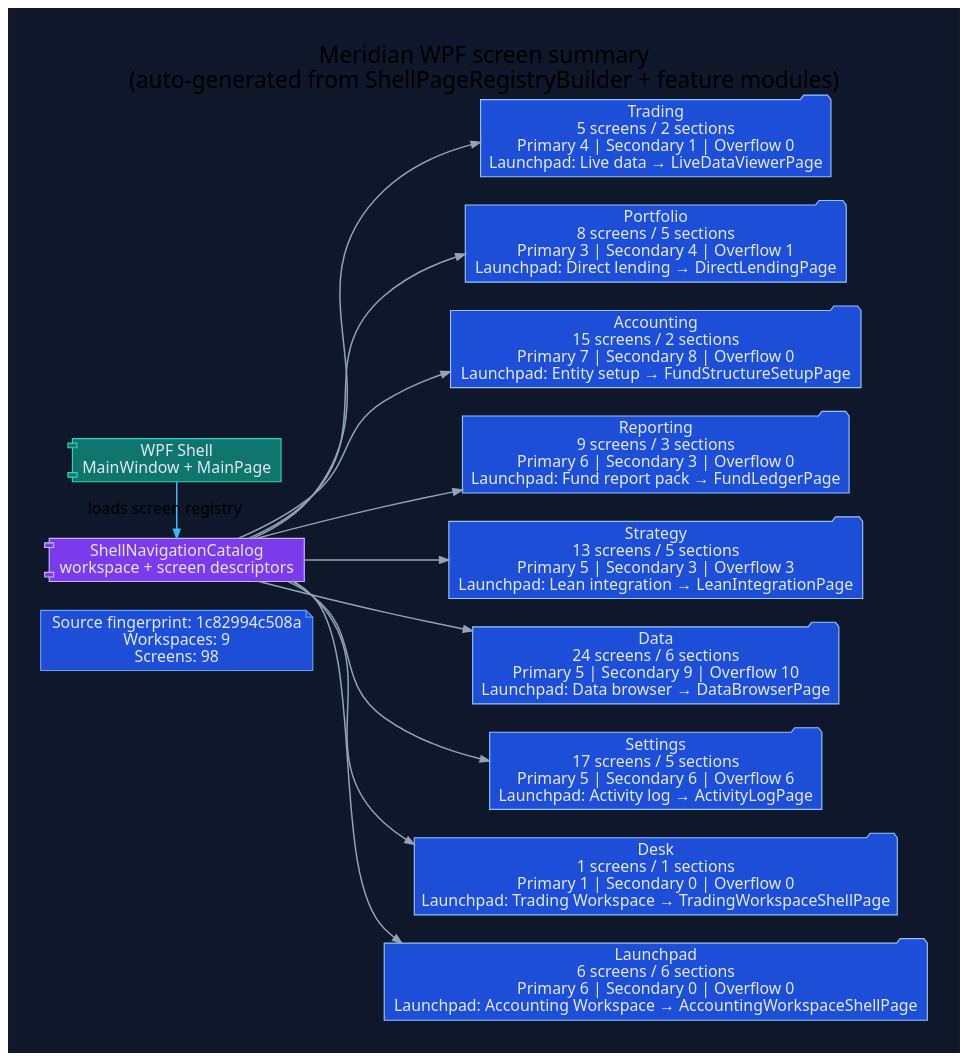
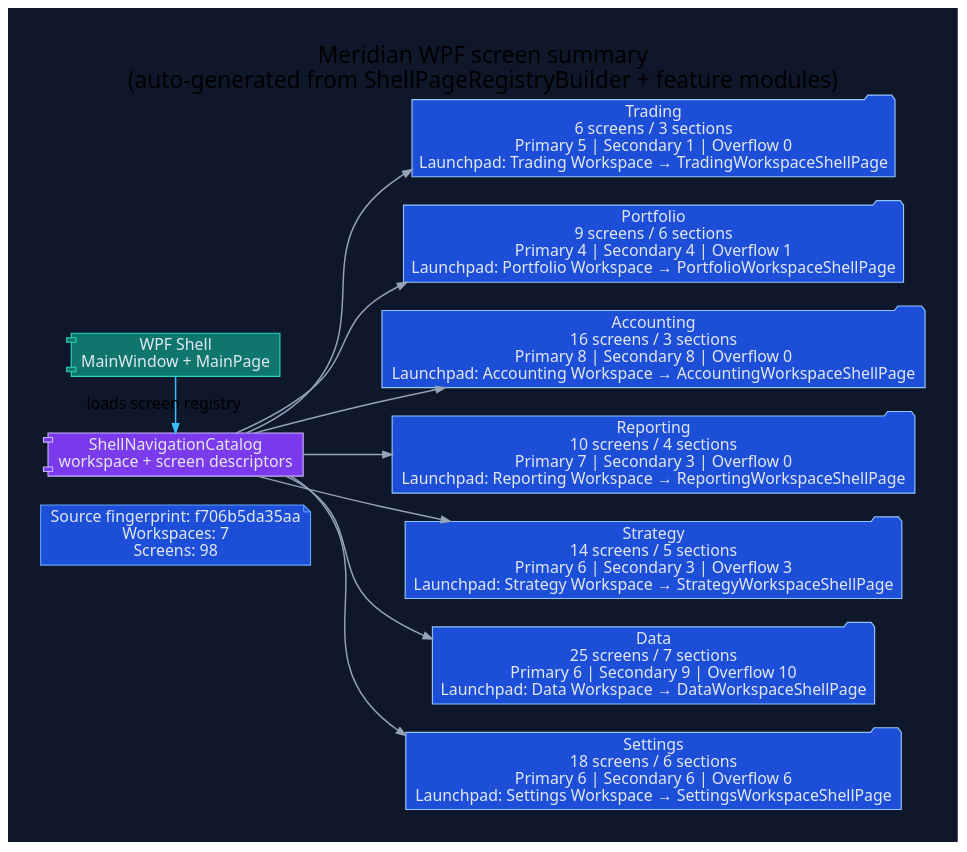
Before and after one commit to rodoHasArrived/Meridian-main: the diagram in docs/diagrams/ui-wpf-screen-summary.dot, drawn with Graphviz. The commit also changed 31 other files, not shown here.

First line of the commit message:
WPF: keep page registration subtitles as literals so the screen diagrams parse; regenerate diagrams

```diff
--- a/docs/diagrams/ui-wpf-screen-summary.dot
+++ b/docs/diagrams/ui-wpf-screen-summary.dot
@@ -1,46 +1,42 @@
 // -----------------------------------------------------------------------------
 // <auto-generated>
 // Generated by scripts/generate-diagrams.mjs.
 // Do not edit this file directly; update the WPF source files instead.
 // -----------------------------------------------------------------------------
 digraph WpfScreenSummary {
   graph [
     rankdir=LR,
     labelloc=t,
     label="Meridian WPF screen summary\n(auto-generated from ShellPageRegistryBuilder + feature modules)",
     fontname="Segoe UI",
     fontsize=20,
     pad=0.4,
     nodesep=0.35,
     ranksep=0.85,
     bgcolor="#0f172a"
   ];
   node [fontname="Segoe UI", shape=box, style="rounded,filled", color="#475569", fontcolor="#e2e8f0", fillcolor="#1e293b"];
   edge [fontname="Segoe UI", color="#94a3b8", penwidth=1.3, arrowsize=0.8];
 
-  generated [shape=note, fillcolor="#1d4ed8", color="#60a5fa", label="Source fingerprint: 1c82994c508a\nWorkspaces: 9\nScreens: 98"];
+  generated [shape=note, fillcolor="#1d4ed8", color="#60a5fa", label="Source fingerprint: f706b5da35aa\nWorkspaces: 7\nScreens: 98"];
   shell [shape=component, fillcolor="#0f766e", color="#2dd4bf", label="WPF Shell\nMainWindow + MainPage"];
   catalog [shape=component, fillcolor="#7c3aed", color="#c4b5fd", label="ShellNavigationCatalog\nworkspace + screen descriptors"];
   shell -> catalog [label="loads screen registry", color="#38bdf8"];
 
-  workspace_1 [shape=folder, fillcolor="#1d4ed8", color="#93c5fd", label="Trading\n5 screens / 2 sections\nPrimary 4 | Secondary 1 | Overflow 0\nLaunchpad: Live data → LiveDataViewerPage"];
+  workspace_1 [shape=folder, fillcolor="#1d4ed8", color="#93c5fd", label="Trading\n6 screens / 3 sections\nPrimary 5 | Secondary 1 | Overflow 0\nLaunchpad: Trading Workspace → TradingWorkspaceShellPage"];
   catalog -> workspace_1;
-  workspace_2 [shape=folder, fillcolor="#1d4ed8", color="#93c5fd", label="Portfolio\n8 screens / 5 sections\nPrimary 3 | Secondary 4 | Overflow 1\nLaunchpad: Direct lending → DirectLendingPage"];
+  workspace_2 [shape=folder, fillcolor="#1d4ed8", color="#93c5fd", label="Portfolio\n9 screens / 6 sections\nPrimary 4 | Secondary 4 | Overflow 1\nLaunchpad: Portfolio Workspace → PortfolioWorkspaceShellPage"];
   catalog -> workspace_2;
-  workspace_3 [shape=folder, fillcolor="#1d4ed8", color="#93c5fd", label="Accounting\n15 screens / 2 sections\nPrimary 7 | Secondary 8 | Overflow 0\nLaunchpad: Entity setup → FundStructureSetupPage"];
+  workspace_3 [shape=folder, fillcolor="#1d4ed8", color="#93c5fd", label="Accounting\n16 screens / 3 sections\nPrimary 8 | Secondary 8 | Overflow 0\nLaunchpad: Accounting Workspace → AccountingWorkspaceShellPage"];
   catalog -> workspace_3;
-  workspace_4 [shape=folder, fillcolor="#1d4ed8", color="#93c5fd", label="Reporting\n9 screens / 3 sections\nPrimary 6 | Secondary 3 | Overflow 0\nLaunchpad: Fund report pack → FundLedgerPage"];
+  workspace_4 [shape=folder, fillcolor="#1d4ed8", color="#93c5fd", label="Reporting\n10 screens / 4 sections\nPrimary 7 | Secondary 3 | Overflow 0\nLaunchpad: Reporting Workspace → ReportingWorkspaceShellPage"];
   catalog -> workspace_4;
-  workspace_5 [shape=folder, fillcolor="#1d4ed8", color="#93c5fd", label="Strategy\n13 screens / 5 sections\nPrimary 5 | Secondary 3 | Overflow 3\nLaunchpad: Lean integration → LeanIntegrationPage"];
+  workspace_5 [shape=folder, fillcolor="#1d4ed8", color="#93c5fd", label="Strategy\n14 screens / 5 sections\nPrimary 6 | Secondary 3 | Overflow 3\nLaunchpad: Strategy Workspace → StrategyWorkspaceShellPage"];
   catalog -> workspace_5;
-  workspace_6 [shape=folder, fillcolor="#1d4ed8", color="#93c5fd", label="Data\n24 screens / 6 sections\nPrimary 5 | Secondary 9 | Overflow 10\nLaunchpad: Data browser → DataBrowserPage"];
+  workspace_6 [shape=folder, fillcolor="#1d4ed8", color="#93c5fd", label="Data\n25 screens / 7 sections\nPrimary 6 | Secondary 9 | Overflow 10\nLaunchpad: Data Workspace → DataWorkspaceShellPage"];
   catalog -> workspace_6;
-  workspace_7 [shape=folder, fillcolor="#1d4ed8", color="#93c5fd", label="Settings\n17 screens / 5 sections\nPrimary 5 | Secondary 6 | Overflow 6\nLaunchpad: Activity log → ActivityLogPage"];
+  workspace_7 [shape=folder, fillcolor="#1d4ed8", color="#93c5fd", label="Settings\n18 screens / 6 sections\nPrimary 6 | Secondary 6 | Overflow 6\nLaunchpad: Settings Workspace → SettingsWorkspaceShellPage"];
   catalog -> workspace_7;
-  workspace_8 [shape=folder, fillcolor="#1d4ed8", color="#93c5fd", label="Desk\n1 screens / 1 sections\nPrimary 1 | Secondary 0 | Overflow 0\nLaunchpad: Trading Workspace → TradingWorkspaceShellPage"];
-  catalog -> workspace_8;
-  workspace_9 [shape=folder, fillcolor="#1d4ed8", color="#93c5fd", label="Launchpad\n6 screens / 6 sections\nPrimary 6 | Secondary 0 | Overflow 0\nLaunchpad: Accounting Workspace → AccountingWorkspaceShellPage"];
-  catalog -> workspace_9;
 
   { rank=min; generated; shell; catalog; }
 }
```
